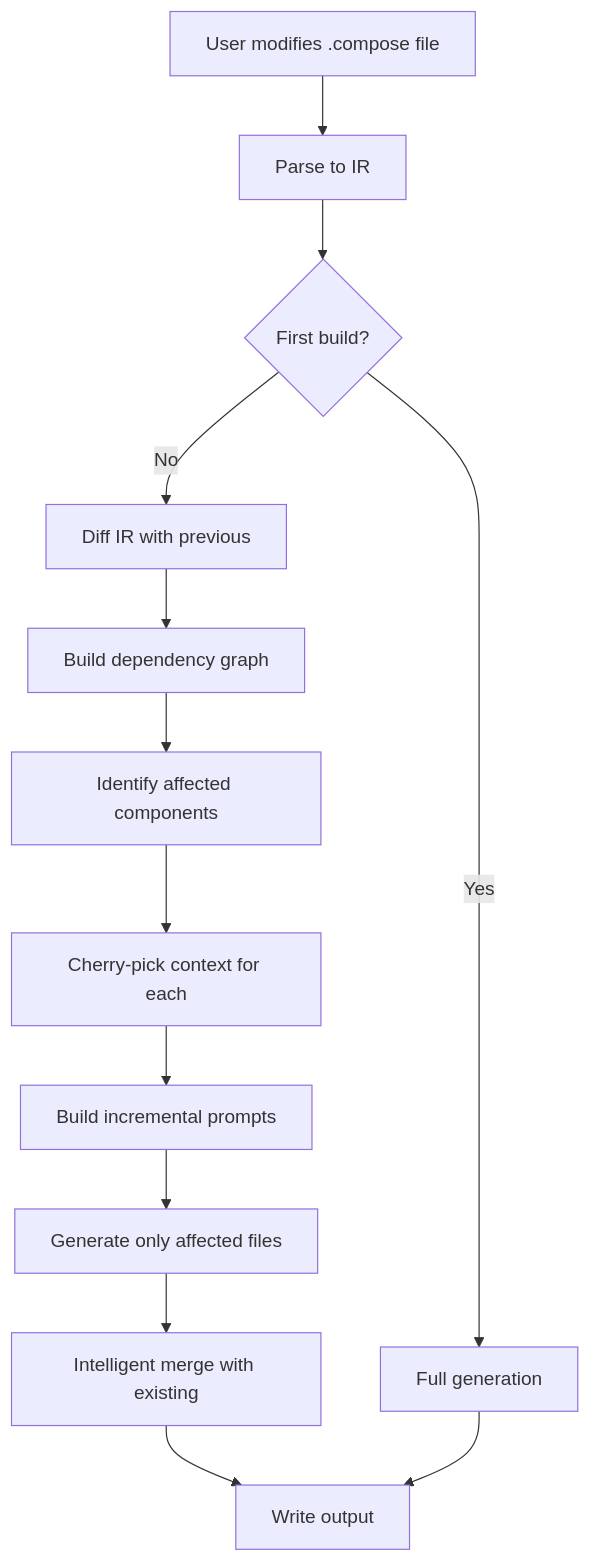
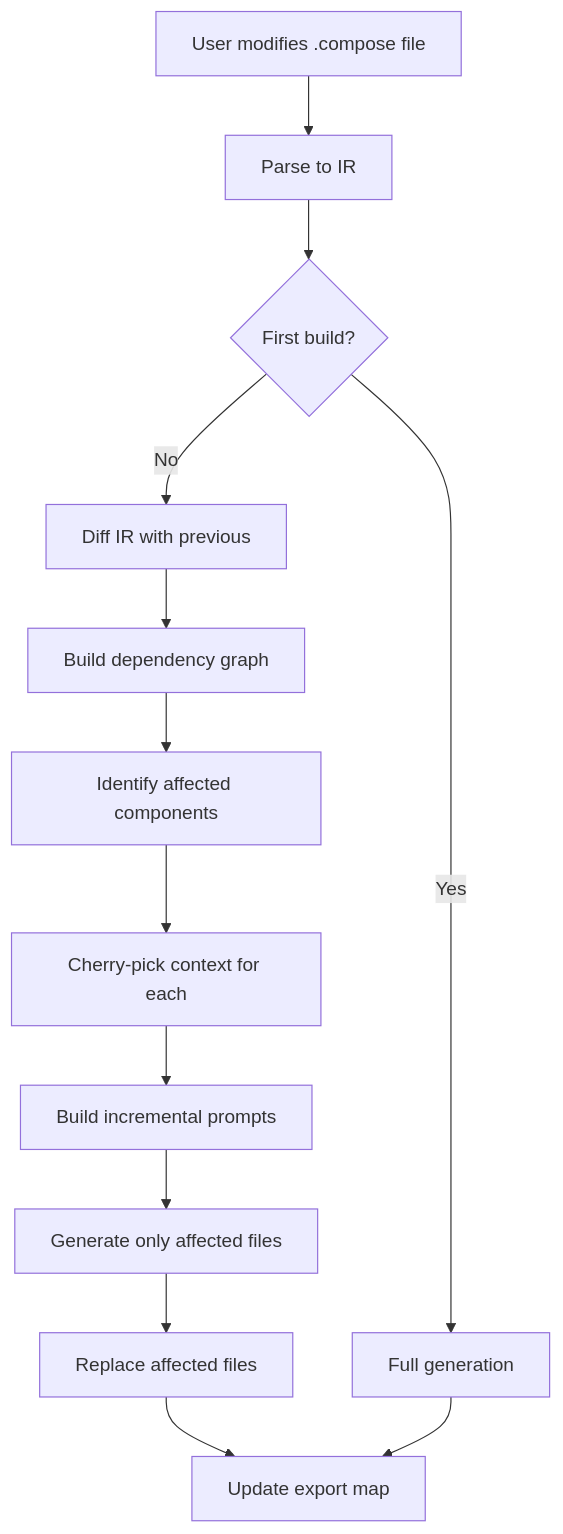
Before and after one commit to darula-hpp/compose-lang: the diagram in docs/incremental-generation.md, drawn with Mermaid. The commit also changed other lines of this file and 26 other files, not shown here.

Commit message:
add export map generator

````diff
--- a/docs/incremental-generation.md
+++ b/docs/incremental-generation.md
@@ -206,15 +535,15 @@
 ```mermaid
 graph TD
     A[User modifies .compose file] --> B[Parse to IR]
     B --> C{First build?}
     C -->|Yes| D[Full generation]
     C -->|No| E[Diff IR with previous]
     E --> F[Build dependency graph]
     F --> G[Identify affected components]
     G --> H[Cherry-pick context for each]
     H --> I[Build incremental prompts]
     I --> J[Generate only affected files]
-    J --> K[Intelligent merge with existing]
-    K --> L[Write output]
+    J --> K[Replace affected files]
+    K --> L[Update export map]
     D --> L
 ```
````
